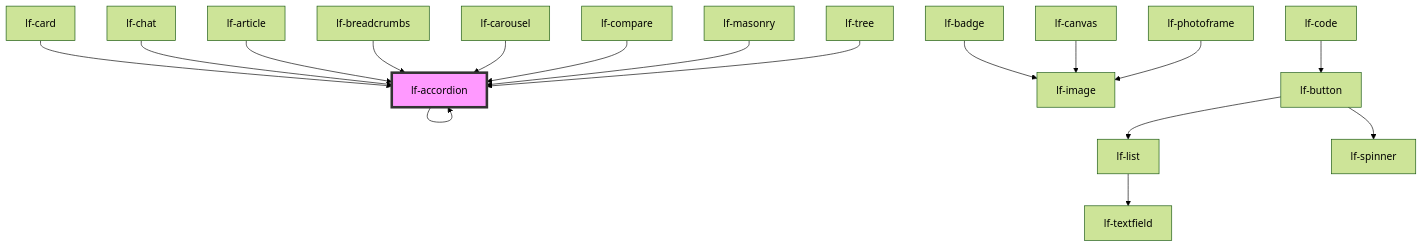
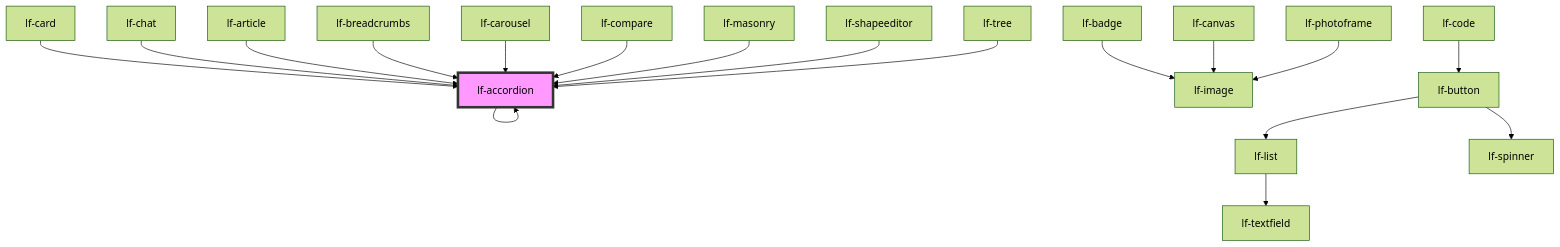
Before and after one commit to lucafoscili/lf-widgets: the diagram in packages/core/src/components/lf-accordion/readme.md, drawn with Mermaid (forest theme). The commit also changed other lines of this file and 27 other files, not shown here.

````diff
--- a/packages/core/src/components/lf-accordion/readme.md
+++ b/packages/core/src/components/lf-accordion/readme.md
@@ -169,20 +181,21 @@
 ```mermaid
 graph TD;
   lf-accordion --> lf-accordion
   lf-badge --> lf-image
   lf-button --> lf-list
   lf-button --> lf-spinner
   lf-list --> lf-textfield
   lf-canvas --> lf-image
   lf-card --> lf-accordion
   lf-chat --> lf-accordion
   lf-article --> lf-accordion
   lf-code --> lf-button
   lf-photoframe --> lf-image
   lf-breadcrumbs --> lf-accordion
   lf-carousel --> lf-accordion
   lf-compare --> lf-accordion
   lf-masonry --> lf-accordion
+  lf-shapeeditor --> lf-accordion
   lf-tree --> lf-accordion
   style lf-accordion fill:#f9f,stroke:#333,stroke-width:4px
 ```
````
